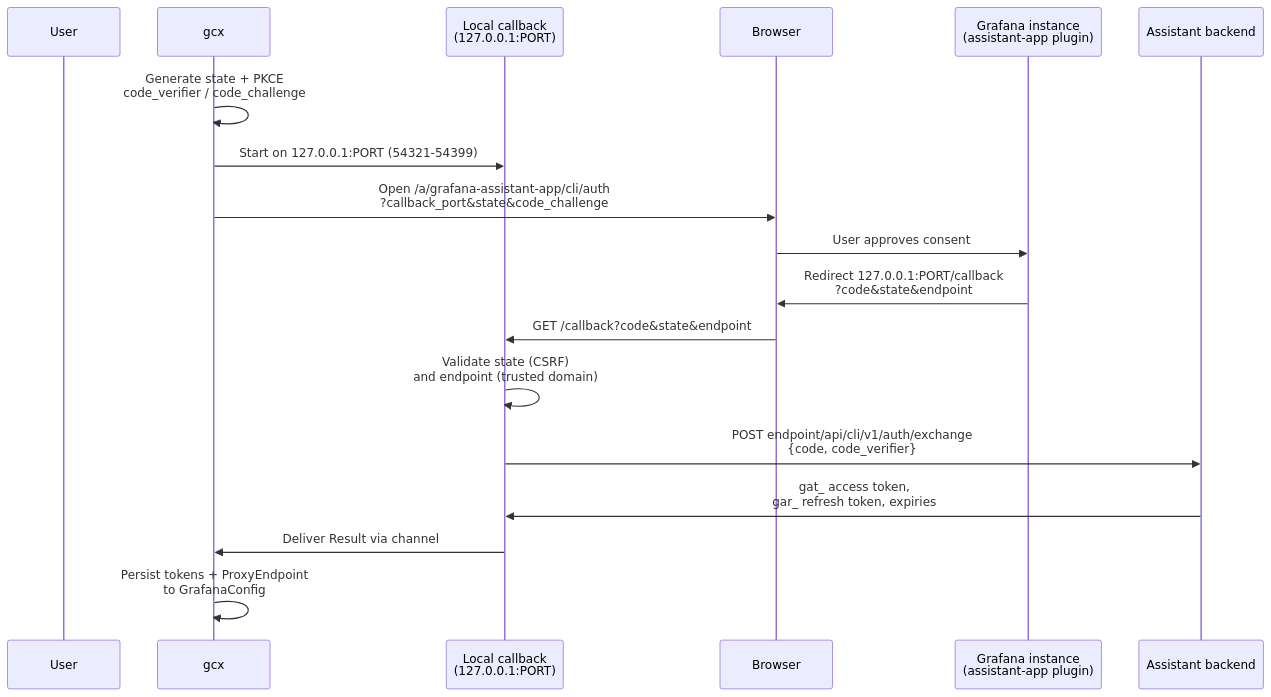
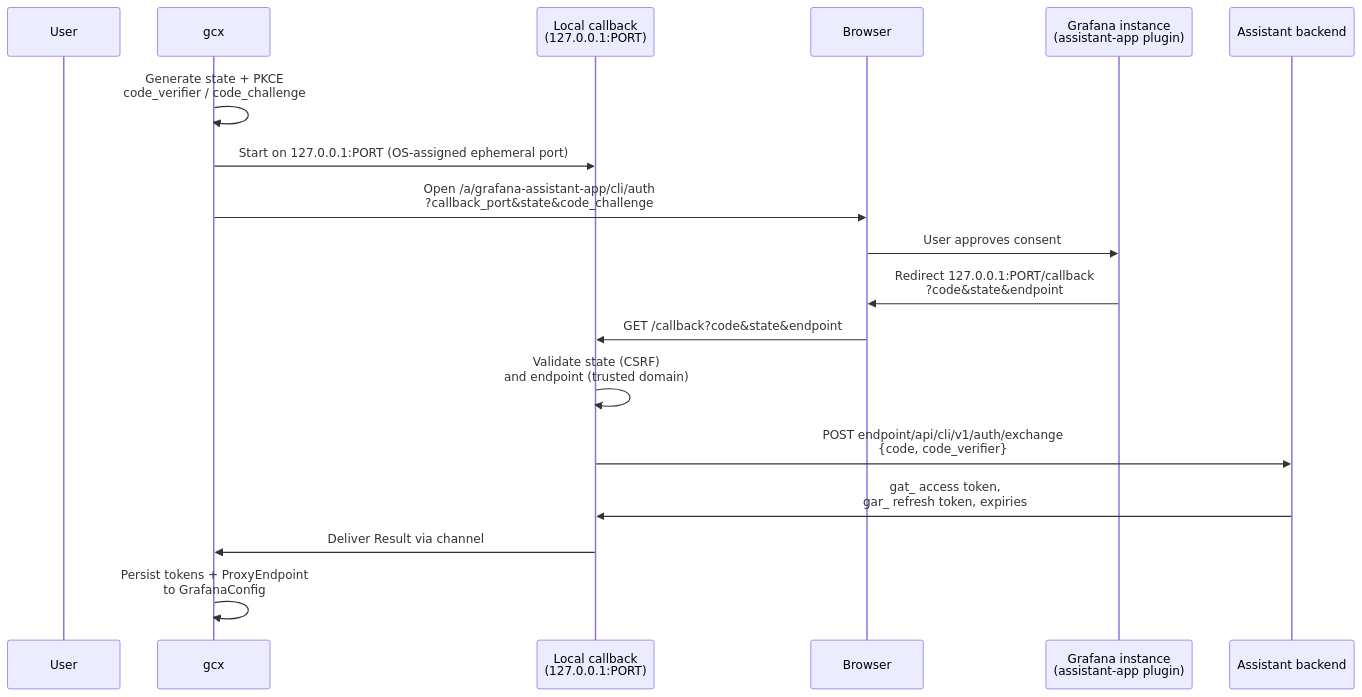
One commit to grafana/gcx changed the second of 3 diagrams in docs/architecture/auth-system.md. Above: the diagram before and after it, drawn with Mermaid. The commit also changed other lines of this file and 8 other files, not shown here.

First line of the commit message:
fix(auth): use an OS-assigned ephemeral port for the OAuth callback

````diff
--- a/docs/architecture/auth-system.md
+++ b/docs/architecture/auth-system.md
@@ -201,21 +201,21 @@
 ```mermaid
 sequenceDiagram
     participant User
     participant gcx
     participant Callback as Local callback<br/>(127.0.0.1:PORT)
     participant Browser
     participant Grafana as Grafana instance<br/>(assistant-app plugin)
     participant Backend as Assistant backend
 
     gcx->>gcx: Generate state + PKCE<br/>code_verifier / code_challenge
-    gcx->>Callback: Start on 127.0.0.1:PORT (54321-54399)
+    gcx->>Callback: Start on 127.0.0.1:PORT (OS-assigned ephemeral port)
     gcx->>Browser: Open /a/grafana-assistant-app/cli/auth<br/>?callback_port&state&code_challenge
     Browser->>Grafana: User approves consent
     Grafana->>Browser: Redirect 127.0.0.1:PORT/callback<br/>?code&state&endpoint
     Browser->>Callback: GET /callback?code&state&endpoint
     Callback->>Callback: Validate state (CSRF)<br/>and endpoint (trusted domain)
     Callback->>Backend: POST endpoint/api/cli/v1/auth/exchange<br/>{code, code_verifier}
     Backend->>Callback: gat_ access token,<br/>gar_ refresh token, expiries
     Callback->>gcx: Deliver Result via channel
     gcx->>gcx: Persist tokens + ProxyEndpoint<br/>to GrafanaConfig
 ```
````
